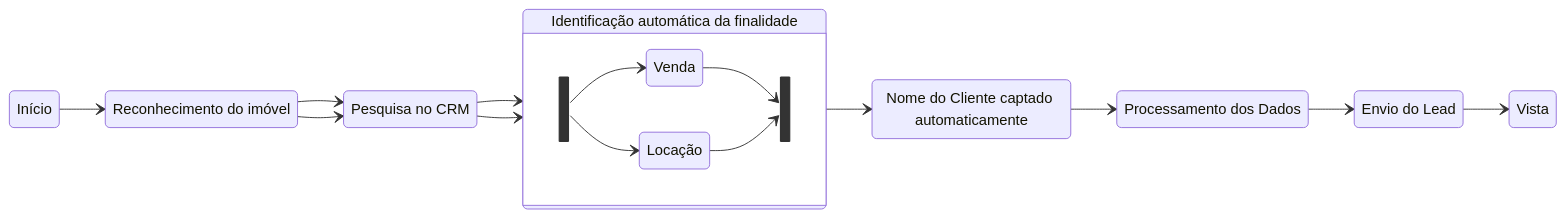
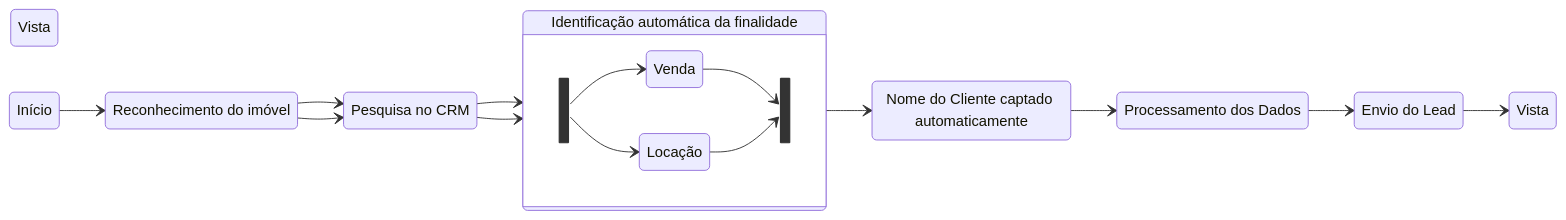
Before and after one commit to pepeleascov/cmsouza: the second of 2 diagrams in readme.md, drawn with Mermaid.

````diff
--- a/readme.md
+++ b/readme.md
@@ -163,33 +163,33 @@
 ```mermaid
 stateDiagram
     1: Reconhecimento do imóvel
     2: Pesquisa no CRM
     3: Identificação automática da finalidade
     v: Venda
     l: Locação
     4: Nome do Cliente captado automaticamente
     5: Processamento dos Dados
     6: Envio do Lead
     7: Vista
     direction LR
     
     Início --> 1
     1 --> 2
     2 --> 3
     state 3 {
     state fork_state <<fork>>
     direction LR
         fork_state
         fork_state --> v
         fork_state --> l
     state join_state <<join>>
     v --> join_state
     l --> join_state
     }
     1 --> 2
     2 --> 3
     3 --> 4
     4 --> 5
     5 --> 6
-    6 --> 7
+    6 --> Vista
 ```
````
